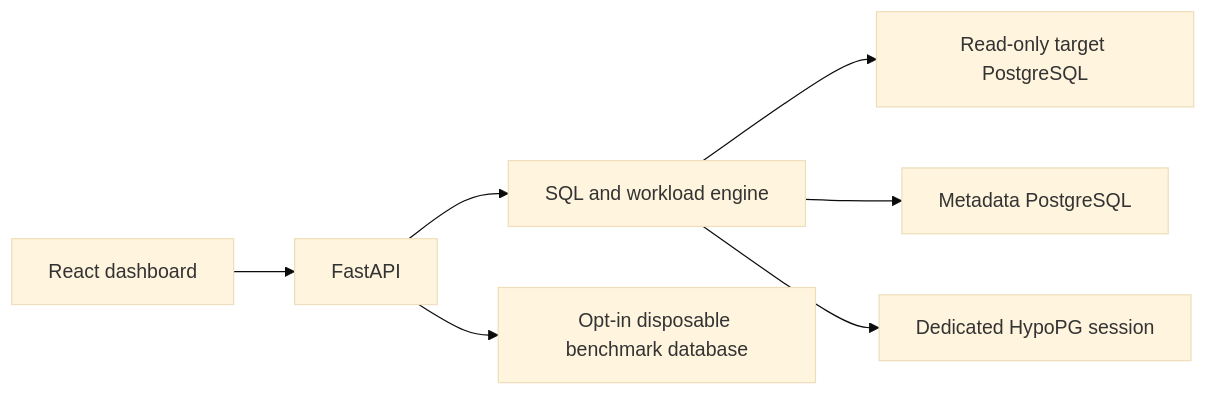
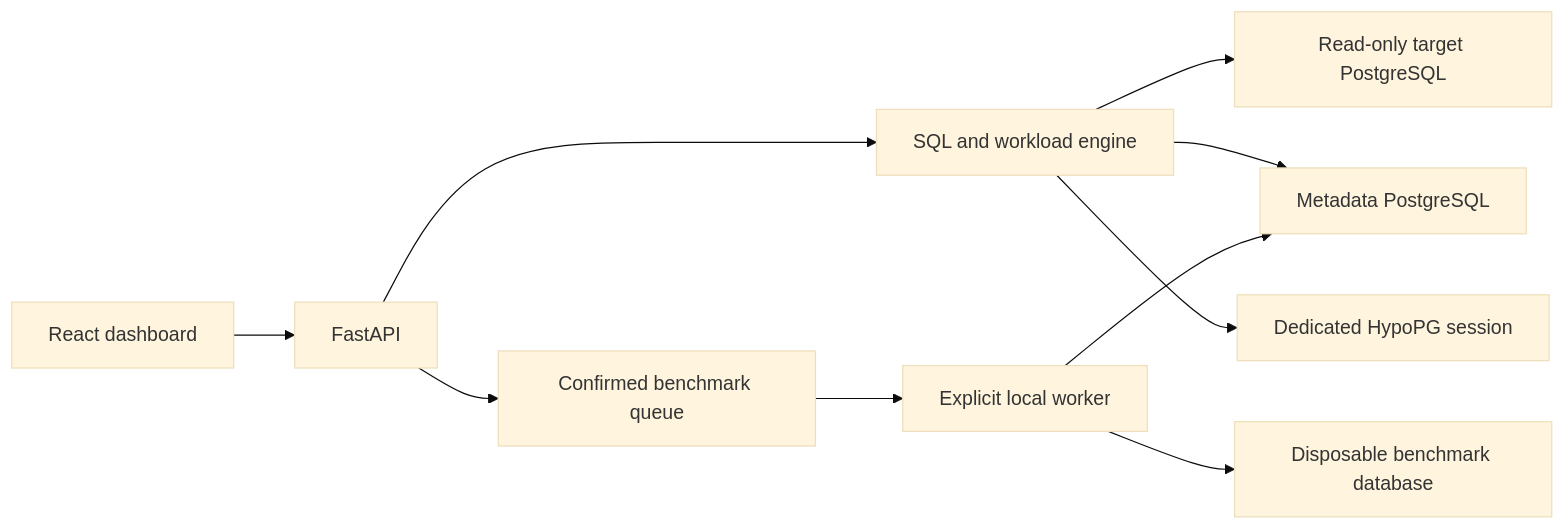
The diagram in README.md (honey-cake7/IndexPilot), drawn with Mermaid (base theme) before and after one commit. The commit also changed other lines of this file and 12 other files, not shown here.

````diff
--- a/README.md
+++ b/README.md
@@ -19,9 +23,12 @@
 ```mermaid
 flowchart LR
     UI[React dashboard] --> API[FastAPI]
     API --> Engine[SQL and workload engine]
     Engine --> Target[Read-only target PostgreSQL]
     Engine --> Meta[Metadata PostgreSQL]
     Engine --> Hypo[Dedicated HypoPG session]
-    API --> Bench[Opt-in disposable benchmark database]
+    API --> Queue[Confirmed benchmark queue]
+    Queue --> Worker[Explicit local worker]
+    Worker --> Bench[Disposable benchmark database]
+    Worker --> Meta
 ```
````
